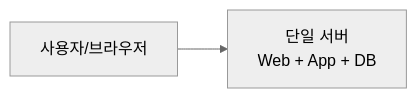
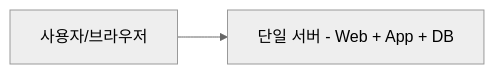
The first of 4 diagrams in AWS로 이해하는 클라우드 컴퓨팅 기초/8장. 서버 아키텍처의 기초 이해.md (i31pc17/bitbook), drawn with Mermaid (neutral theme) before and after one commit. The commit also changed other lines of this file and 1 other file, not shown here.

````diff
--- a/AWS로 이해하는 클라우드 컴퓨팅 기초/8장. 서버 아키텍처의 기초 이해.md
+++ b/AWS로 이해하는 클라우드 컴퓨팅 기초/8장. 서버 아키텍처의 기초 이해.md
@@ -172,4 +172,4 @@
 ```mermaid
 flowchart LR
-  U[사용자/브라우저] --> S[단일 서버\nWeb + App + DB]
+    U["사용자/브라우저"] --> S["단일 서버 - Web + App + DB"]
 ```
````
